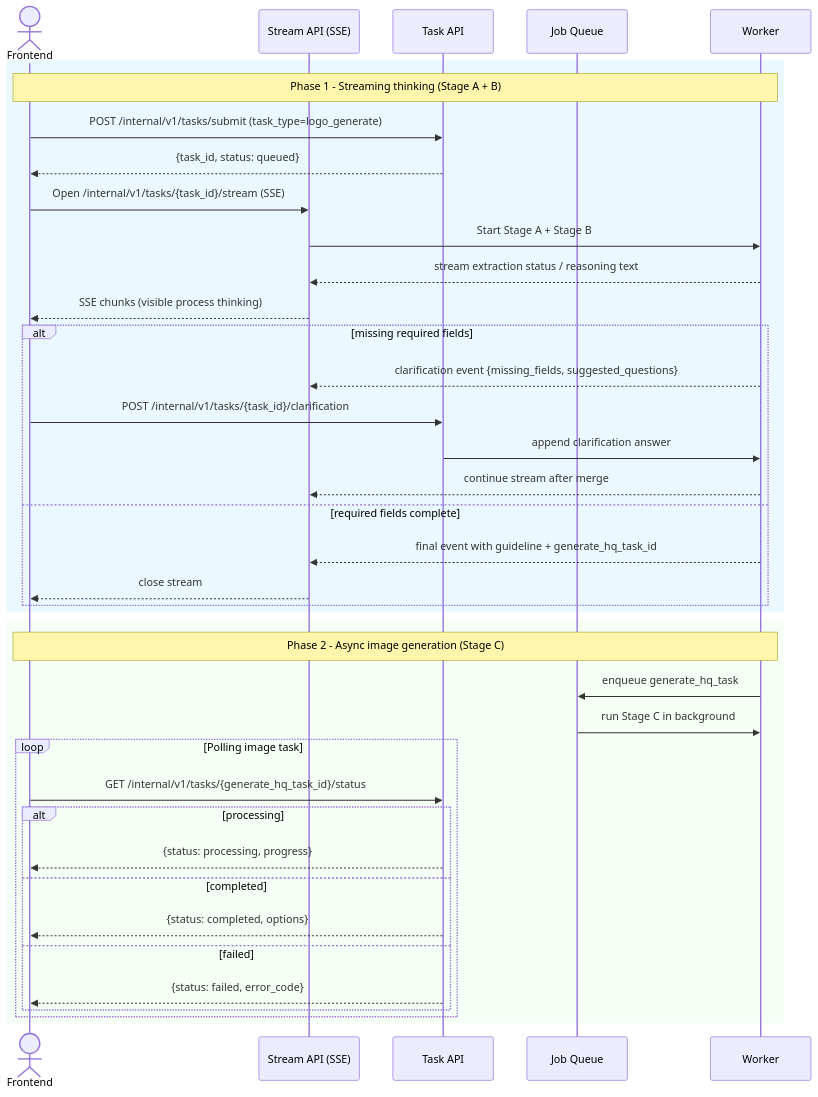
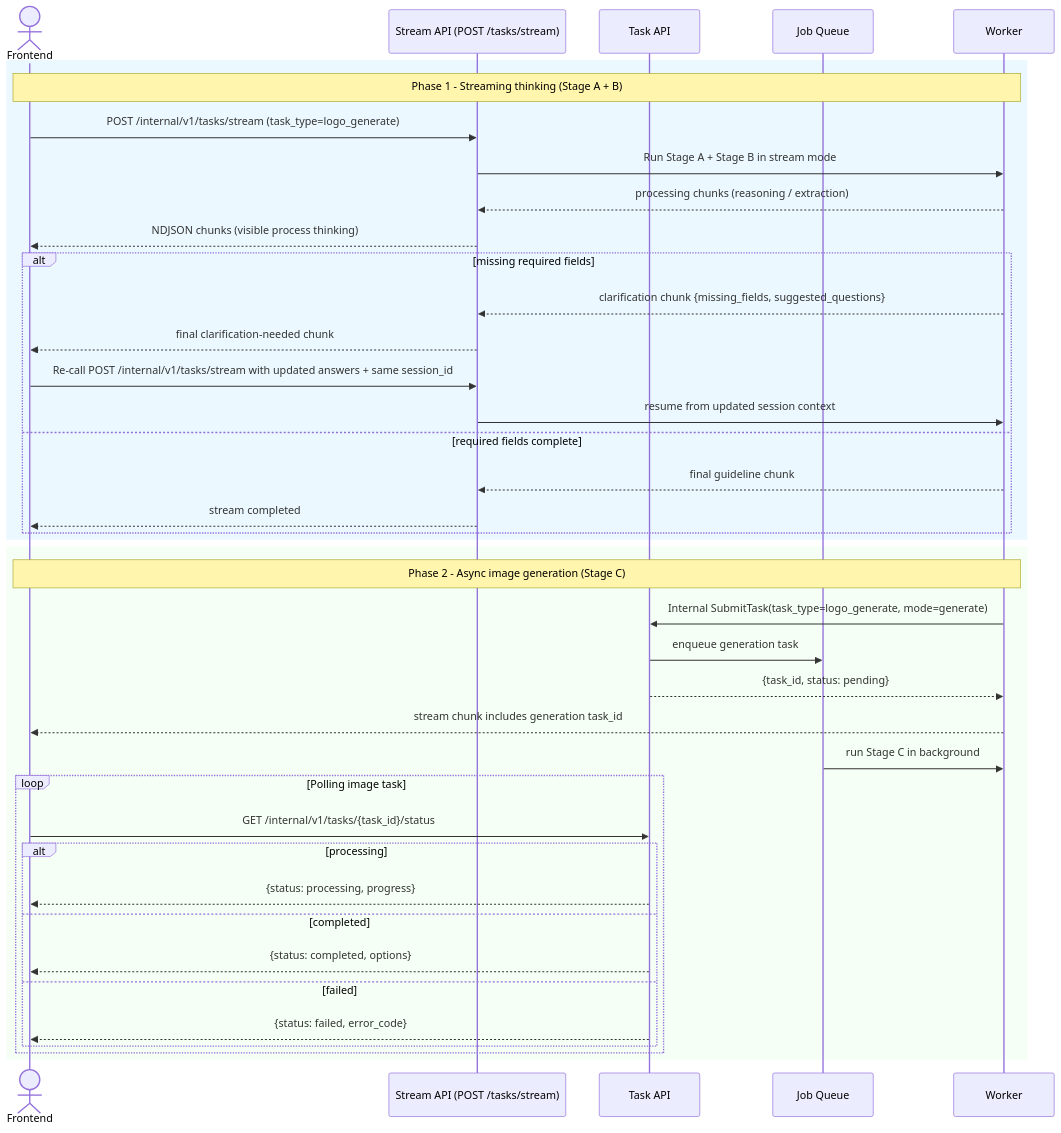
One commit to Ne4nf/Logo-design changed the third of 6 diagrams in specs/001-logo-design-agent/technical-design.md. Above: the diagram before and after it, drawn with Mermaid. The commit also changed other lines of this file, not shown here.

````diff
--- a/specs/001-logo-design-agent/technical-design.md
+++ b/specs/001-logo-design-agent/technical-design.md
@@ -228,43 +235,44 @@
 ```mermaid
 sequenceDiagram
   actor FE as Frontend
-  participant S as Stream API (SSE)
+  participant S as Stream API (POST /tasks/stream)
   participant API as Task API
   participant Q as Job Queue
   participant WORKER as Worker
 
   rect rgb(235, 248, 255)
     Note over FE,WORKER: Phase 1 - Streaming thinking (Stage A + B)
-    FE->>API: POST /internal/v1/tasks/submit (task_type=logo_generate)
-    API-->>FE: {task_id, status: queued}
-    FE->>S: Open /internal/v1/tasks/{task_id}/stream (SSE)
-    S->>WORKER: Start Stage A + Stage B
-    WORKER-->>S: stream extraction status / reasoning text
-    S-->>FE: SSE chunks (visible process thinking)
+    FE->>S: POST /internal/v1/tasks/stream (task_type=logo_generate)
+    S->>WORKER: Run Stage A + Stage B in stream mode
+    WORKER-->>S: processing chunks (reasoning / extraction)
+    S-->>FE: NDJSON chunks (visible process thinking)
     alt missing required fields
-      WORKER-->>S: clarification event {missing_fields, suggested_questions}
-      FE->>API: POST /internal/v1/tasks/{task_id}/clarification
-      API->>WORKER: append clarification answer
-      WORKER-->>S: continue stream after merge
+      WORKER-->>S: clarification chunk {missing_fields, suggested_questions}
+      S-->>FE: final clarification-needed chunk
+      FE->>S: Re-call POST /internal/v1/tasks/stream with updated answers + same session_id
+      S->>WORKER: resume from updated session context
     else required fields complete
-      WORKER-->>S: final event with guideline + generate_hq_task_id
-      S-->>FE: close stream
+      WORKER-->>S: final guideline chunk
+      S-->>FE: stream completed
     end
   end
 
   rect rgb(245, 255, 245)
     Note over FE,WORKER: Phase 2 - Async image generation (Stage C)
-    WORKER->>Q: enqueue generate_hq_task
+    WORKER->>API: Internal SubmitTask(task_type=logo_generate, mode=generate)
+    API->>Q: enqueue generation task
+    API-->>WORKER: {task_id, status: pending}
+    WORKER-->>FE: stream chunk includes generation task_id
     Q->>WORKER: run Stage C in background
     loop Polling image task
-      FE->>API: GET /internal/v1/tasks/{generate_hq_task_id}/status
+      FE->>API: GET /internal/v1/tasks/{task_id}/status
       alt processing
         API-->>FE: {status: processing, progress}
       else completed
         API-->>FE: {status: completed, options}
       else failed
         API-->>FE: {status: failed, error_code}
       end
     end
   end
 ```
````
